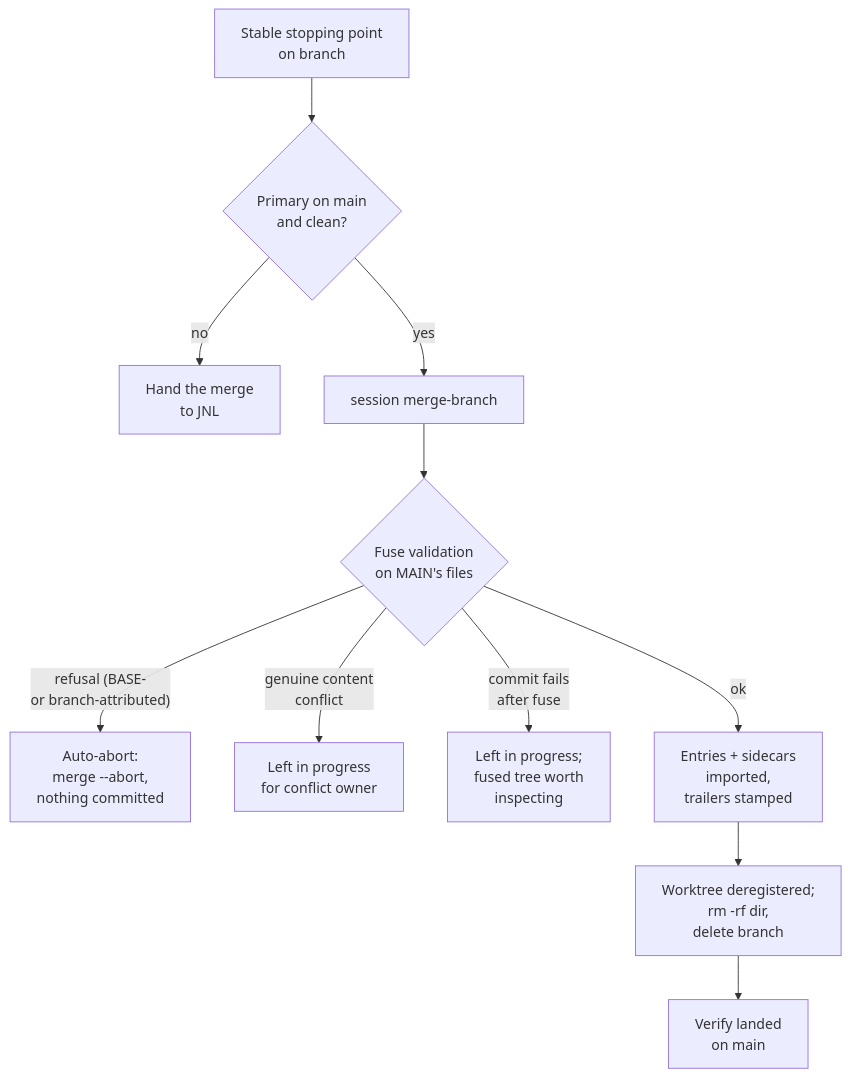
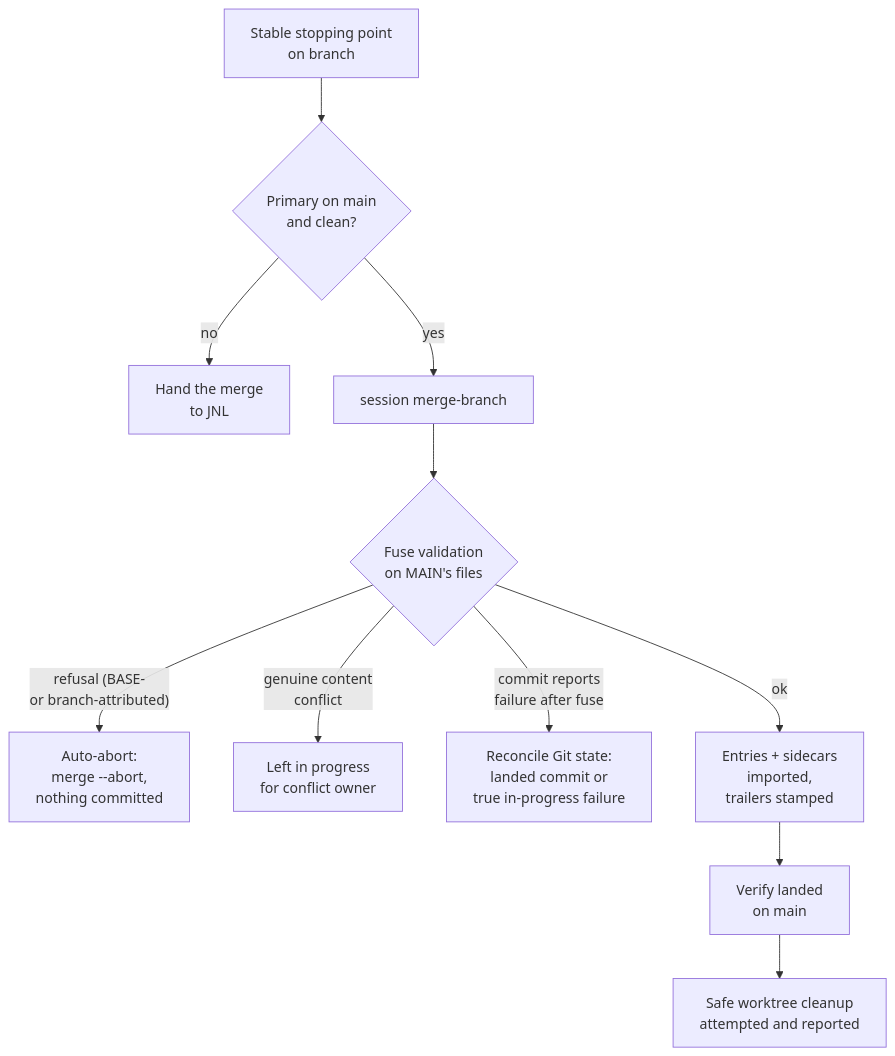
Before and after one commit to jnl-tshi/memory-seed: the eighth of 8 diagrams in docs/1_Inbox/agent-interaction-storylines-review.md, drawn with Mermaid. The commit also changed other lines of this file and 4 other files, not shown here.

````diff
--- a/docs/1_Inbox/agent-interaction-storylines-review.md
+++ b/docs/1_Inbox/agent-interaction-storylines-review.md
@@ -419,13 +440,13 @@
 ```mermaid
 flowchart TD
     A["Stable stopping point<br/>on branch"] --> B{"Primary on main<br/>and clean?"}
     B -- no --> C["Hand the merge<br/>to JNL"]
     B -- yes --> D["session merge-branch"]
     D --> E{"Fuse validation<br/>on MAIN's files"}
     E -- "refusal (BASE-<br/>or branch-attributed)" --> F["Auto-abort:<br/>merge --abort,<br/>nothing committed"]
     E -- "genuine content<br/>conflict" --> G["Left in progress<br/>for conflict owner"]
-    E -- "commit fails<br/>after fuse" --> H["Left in progress;<br/>fused tree worth<br/>inspecting"]
+    E -- "commit reports<br/>failure after fuse" --> H["Reconcile Git state:<br/>landed commit or<br/>true in-progress failure"]
     E -- ok --> I["Entries + sidecars<br/>imported,<br/>trailers stamped"]
-    I --> J["Worktree deregistered;<br/>rm -rf dir,<br/>delete branch"]
-    J --> K["Verify landed<br/>on main"]
+    I --> J["Verify landed<br/>on main"]
+    J --> K["Safe worktree cleanup<br/>attempted and reported"]
 ```
````
